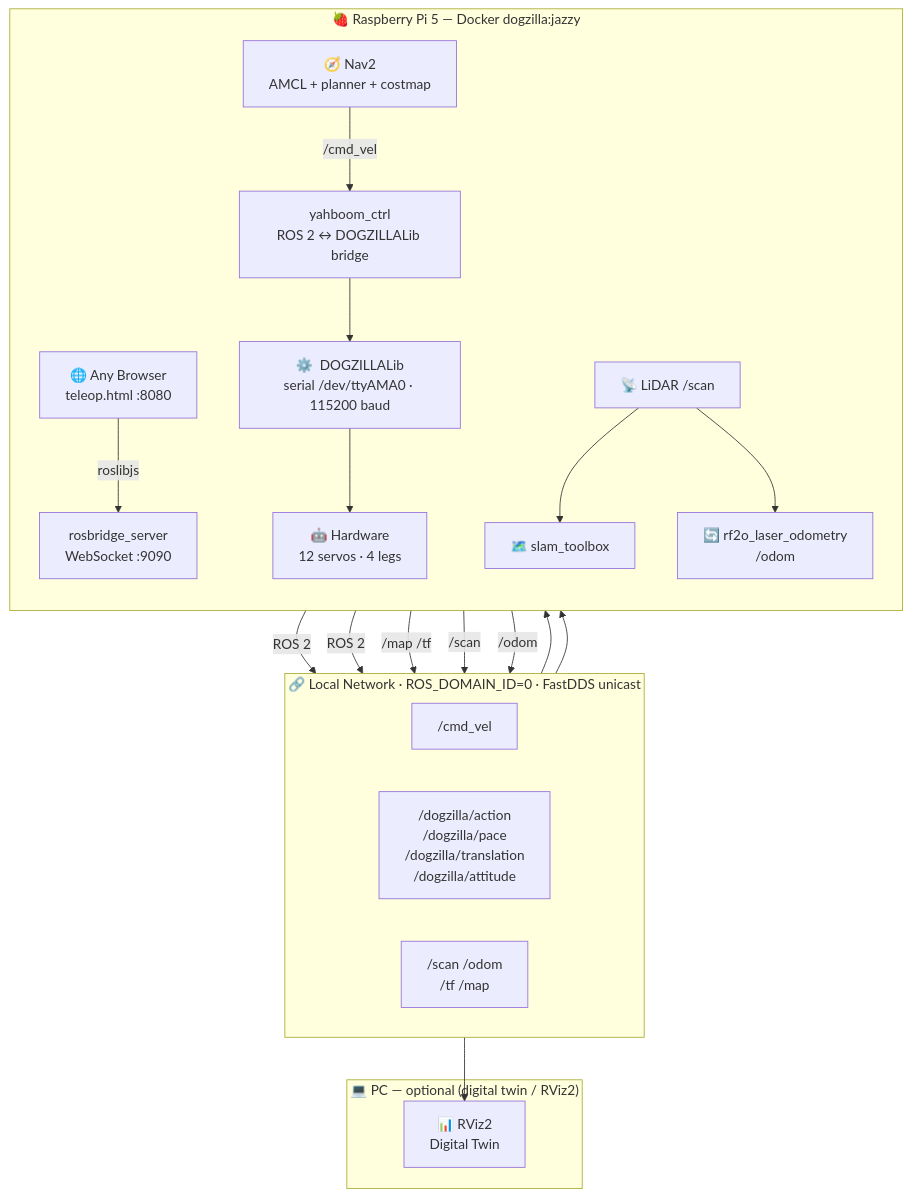
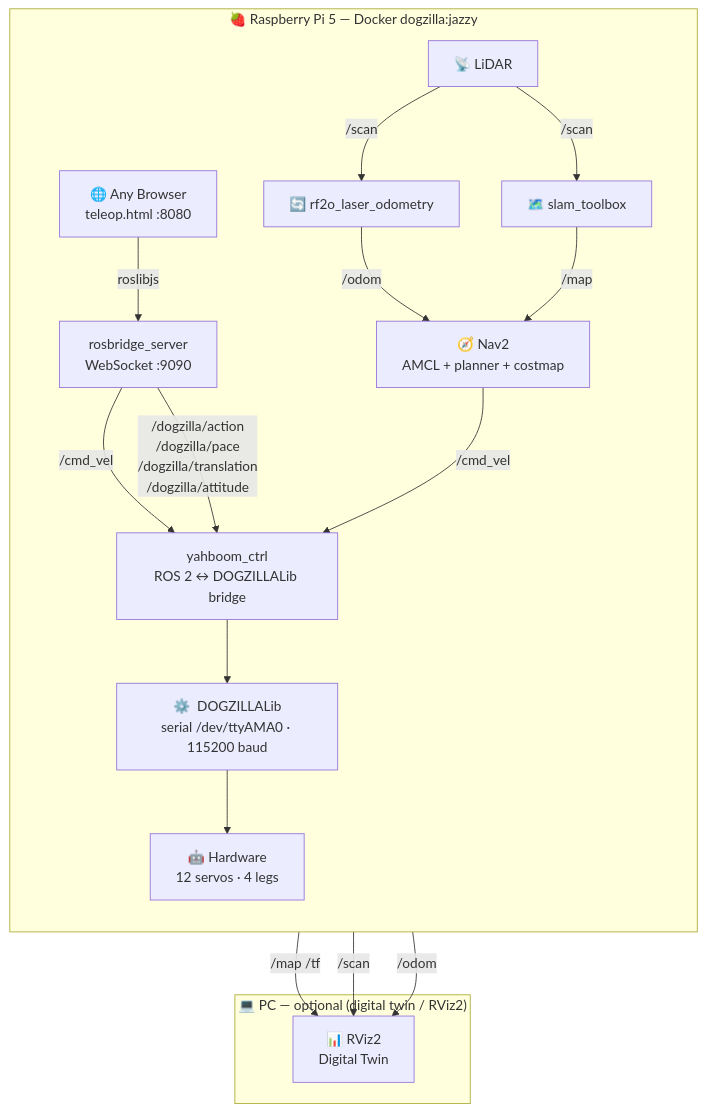
Before and after one commit to auCamelia/dogzilla: the diagram in README.md, drawn with Mermaid. The commit also changed 5 other files, not shown here.

````diff
--- a/README.md
+++ b/README.md
@@ -22,39 +22,33 @@
 ```mermaid
 graph TB
-    subgraph PC["💻  PC — optional (digital twin / RViz2)"]
-        RViz["📊 RViz2\nDigital Twin"]
-    end
-
-    subgraph NET["🔗  Local Network  ·  ROS_DOMAIN_ID=0  ·  FastDDS unicast"]
-        direction LR
-        T1["/cmd_vel"]
-        T2["/dogzilla/action\n/dogzilla/pace\n/dogzilla/translation\n/dogzilla/attitude"]
-        T3["/scan  /odom\n/tf   /map"]
-    end
-
     subgraph PI["🍓  Raspberry Pi 5 — Docker dogzilla:jazzy"]
         direction TB
         Browser["🌐 Any Browser\nteleop.html :8080"]
         RB["rosbridge_server\nWebSocket :9090"]
         CTRL["yahboom_ctrl\nROS 2 ↔ DOGZILLALib bridge"]
         LIB["⚙️  DOGZILLALib\nserial /dev/ttyAMA0 · 115200 baud"]
         HW["🤖  Hardware\n12 servos · 4 legs"]
         SLAM["🗺️  slam_toolbox"]
         NAV["🧭  Nav2\nAMCL + planner + costmap"]
-        LIDAR["📡  LiDAR  /scan"]
-        ODOM["🔄  rf2o_laser_odometry\n/odom"]
+        LIDAR["📡  LiDAR"]
+        ODOM["🔄  rf2o_laser_odometry"]
 
         Browser -- roslibjs --> RB
-        RB -- ROS 2 --> T1 & T2
-        T1 & T2 --> CTRL
+        RB -->|/cmd_vel| CTRL
+        RB -->|/dogzilla/action\n/dogzilla/pace\n/dogzilla/translation\n/dogzilla/attitude| CTRL
         CTRL --> LIB --> HW
-        LIDAR --> SLAM
-        LIDAR --> ODOM
-        NAV -- /cmd_vel --> CTRL
+        LIDAR -->|/scan| SLAM
+        LIDAR -->|/scan| ODOM
+        ODOM -->|/odom| NAV
+        SLAM -->|/map| NAV
+        NAV -->|/cmd_vel| CTRL
     end
 
-    T3 --> RViz
-    SLAM -- /map /tf --> T3
-    LIDAR -- /scan --> T3
-    ODOM -- /odom --> T3
+    subgraph PC["💻  PC — optional (digital twin / RViz2)"]
+        RViz["📊 RViz2\nDigital Twin"]
+    end
+
+    SLAM -->|/map /tf| RViz
+    LIDAR -->|/scan| RViz
+    ODOM -->|/odom| RViz
 ```
````
